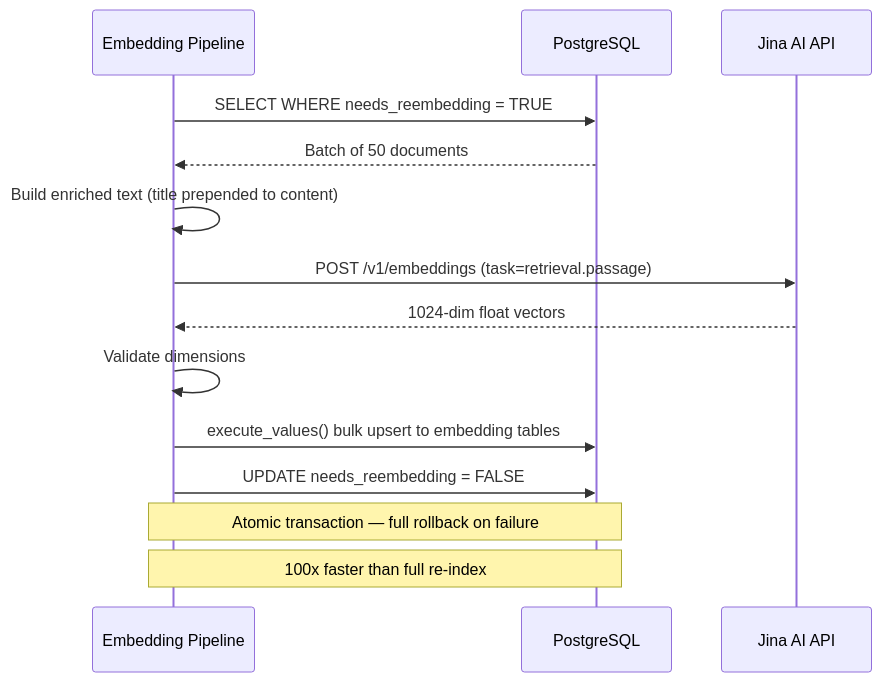
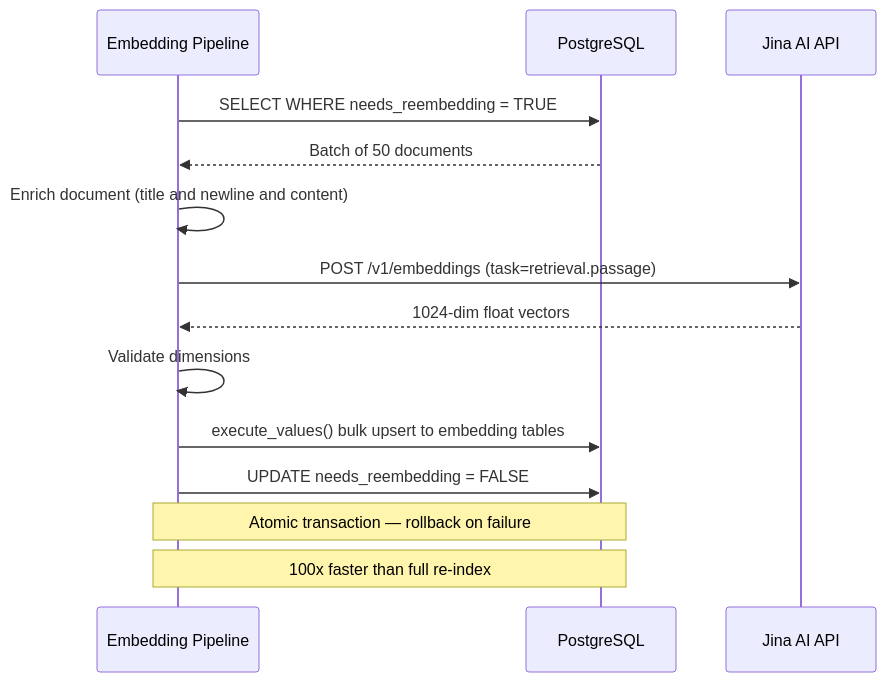
Before and after one commit to Mohamed-Elmasry16/Recovera-Hybrid-Database-Architecture: the fourth of 6 diagrams in README.md, drawn with Mermaid. The commit also changed other lines of this file, not shown here.

````diff
--- a/README.md
+++ b/README.md
@@ -301,21 +304,21 @@
 ```mermaid
 sequenceDiagram
     participant P  as Embedding Pipeline
     participant DB as PostgreSQL
     participant J  as Jina AI API
 
     P  ->> DB: SELECT WHERE needs_reembedding = TRUE
     DB -->> P: Batch of 50 documents
 
-    P  ->> P:  Build enriched text (title prepended to content)
+    P  ->> P:  Enrich document (title and newline and content)
 
     P  ->> J:  POST /v1/embeddings (task=retrieval.passage)
     J  -->> P: 1024-dim float vectors
 
     P  ->> P:  Validate dimensions
     P  ->> DB: execute_values() bulk upsert to embedding tables
     P  ->> DB: UPDATE needs_reembedding = FALSE
 
-    Note over P,DB: Atomic transaction — full rollback on failure
+    Note over P,DB: Atomic transaction — rollback on failure
     Note over P,DB: 100x faster than full re-index
 ```
````
